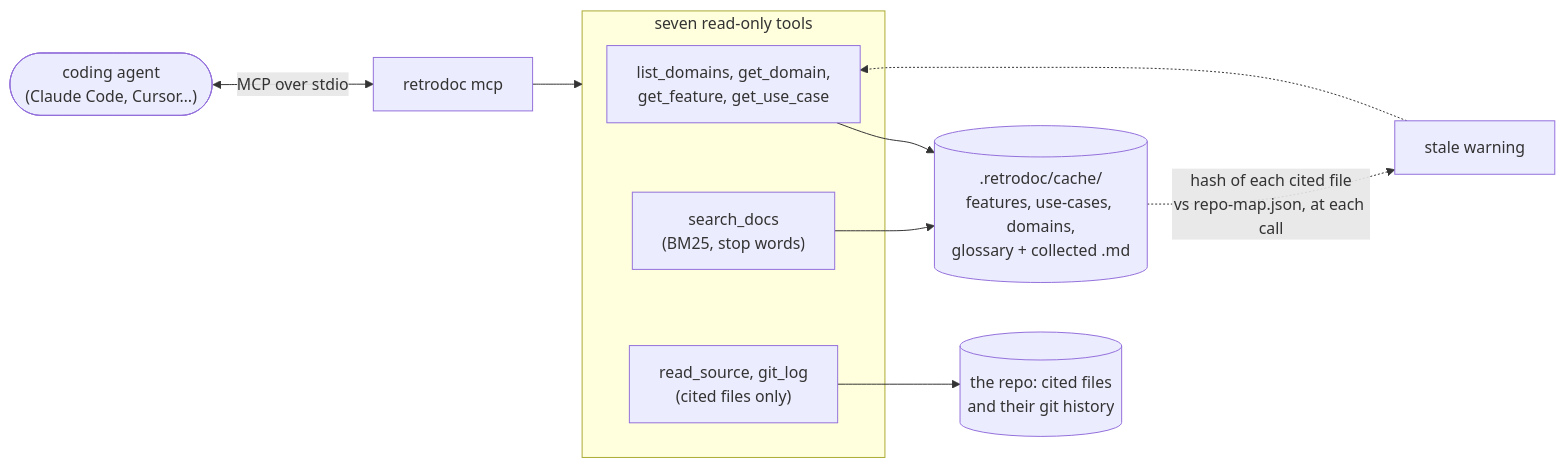
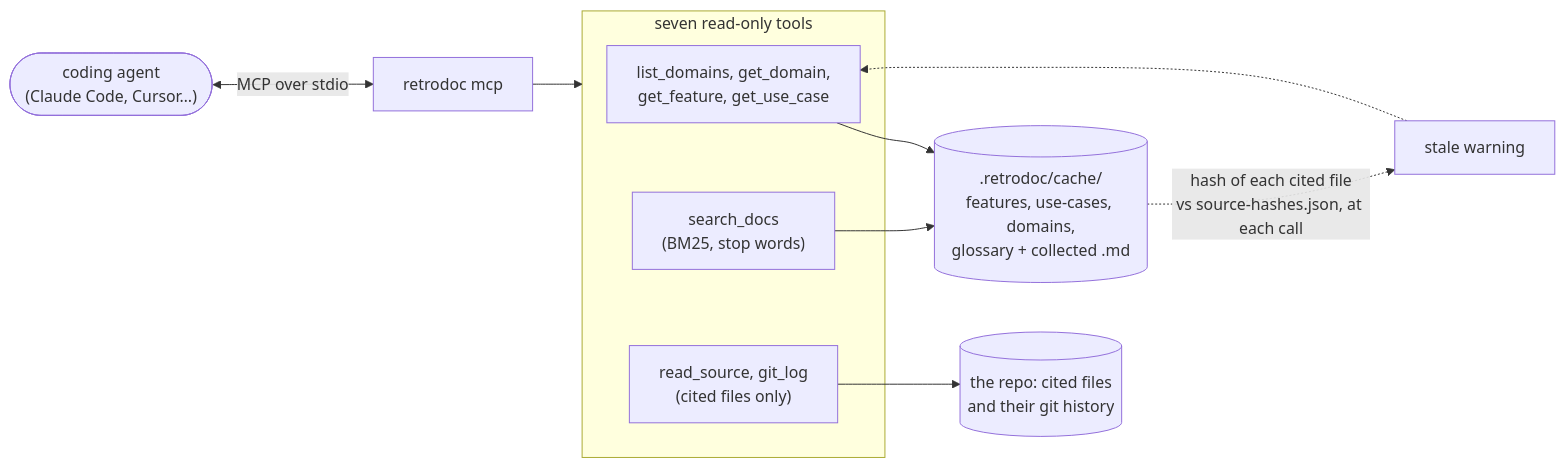
One commit to Electron-libre/RetroDoc changed the ninth of 9 diagrams in docs/ARCHITECTURE.md. Above: the diagram before and after it, drawn with Mermaid. The commit also changed other lines of this file and 11 other files, not shown here.

````diff
--- a/docs/ARCHITECTURE.md
+++ b/docs/ARCHITECTURE.md
@@ -279,15 +280,15 @@
 ```mermaid
 flowchart LR
     agent(["coding agent<br/>(Claude Code, Cursor…)"]) <-->|"MCP over stdio"| srv["retrodoc mcp"]
     subgraph tools["seven read-only tools"]
         nav["list_domains, get_domain,<br/>get_feature, get_use_case"]
         srch["search_docs<br/>(BM25, stop words)"]
         code["read_source, git_log<br/>(cited files only)"]
     end
     srv --> tools
     nav --> art[(".retrodoc/cache/<br/>features, use-cases, domains,<br/>glossary + collected .md")]
     srch --> art
     code --> repo[("the repo: cited files<br/>and their git history")]
-    art -.->|"hash of each cited file<br/>vs repo-map.json, at each call"| fresh["stale warning"]
+    art -.->|"hash of each cited file<br/>vs source-hashes.json, at each call"| fresh["stale warning"]
     fresh -.-> nav
 ```
````
